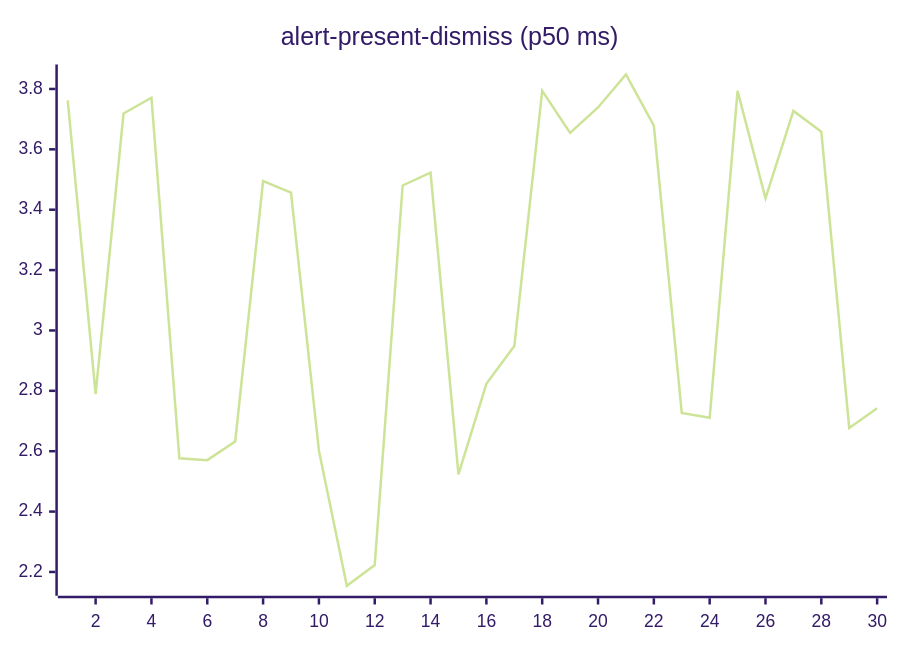
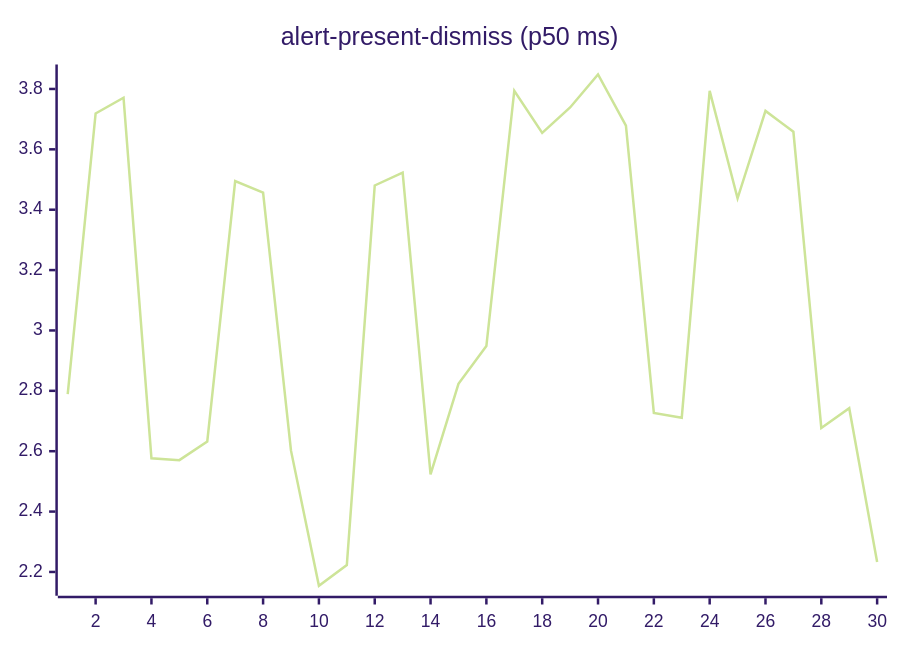
The second of 27 diagrams in README.md (josha/Facet), drawn with Mermaid (forest theme) before and after one commit. The commit also changed other lines of this file and 2 other files, not shown here.

````diff
--- a/README.md
+++ b/README.md
@@ -70,6 +70,6 @@
 ```mermaid
 xychart-beta
     title "alert-present-dismiss (p50 ms)"
     x-axis 1 --> 30
-    line [3.7621, 2.7891, 3.7187, 3.7708, 2.5766, 2.5704, 2.6324, 3.4949, 3.4566, 2.6019, 2.1543, 2.2230, 3.4803, 3.5227, 2.5229, 2.8233, 2.9484, 3.7942, 3.6546, 3.7386, 3.8479, 3.6788, 2.7270, 2.7111, 3.7936, 3.4376, 3.7274, 3.6582, 2.6769, 2.7425]
+    line [2.7891, 3.7187, 3.7708, 2.5766, 2.5704, 2.6324, 3.4949, 3.4566, 2.6019, 2.1543, 2.2230, 3.4803, 3.5227, 2.5229, 2.8233, 2.9484, 3.7942, 3.6546, 3.7386, 3.8479, 3.6788, 2.7270, 2.7111, 3.7936, 3.4376, 3.7274, 3.6582, 2.6769, 2.7425, 2.2328]
 ```
````
